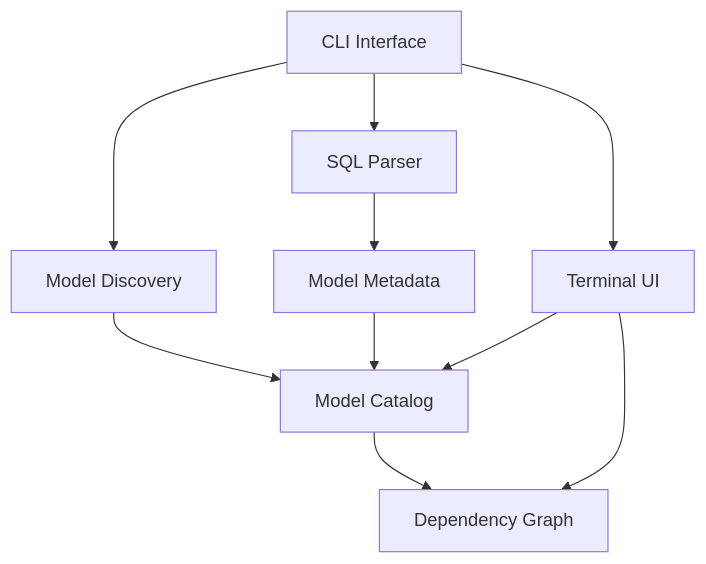
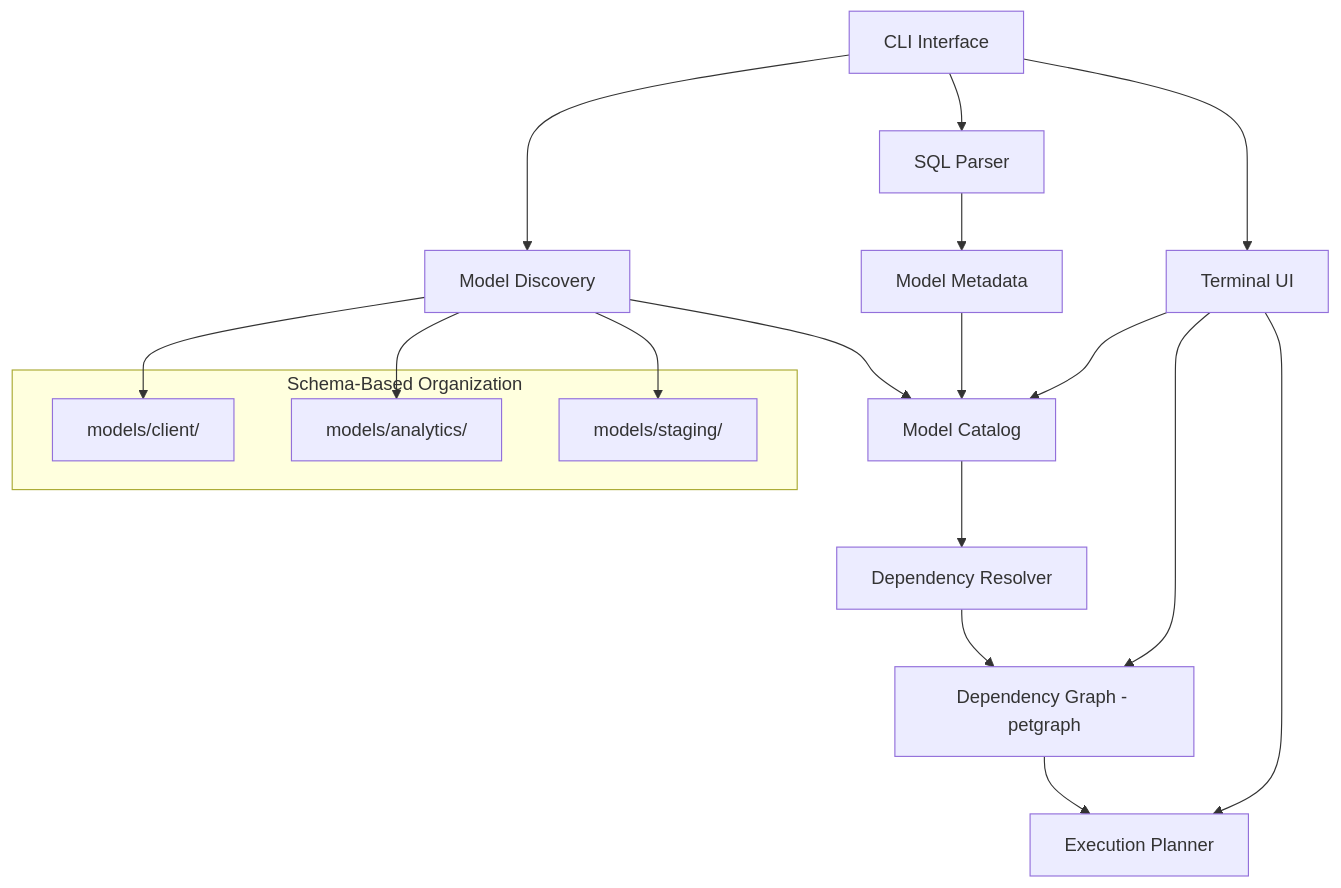
One commit to janhoon/cadac changed the diagram in memory-bank/systemPatterns.md. Above: the diagram before and after it, drawn with Mermaid. The commit also changed other lines of this file and 3 other files, not shown here.

````diff
--- a/memory-bank/systemPatterns.md
+++ b/memory-bank/systemPatterns.md
@@ -5,12 +5,25 @@
 ```mermaid
 flowchart TD
     CLI[CLI Interface] --> Parser[SQL Parser]
     CLI --> Discovery[Model Discovery]
     CLI --> TUI[Terminal UI]
     Parser --> ModelMetadata[Model Metadata]
     Discovery --> ModelCatalog[Model Catalog]
     ModelMetadata --> ModelCatalog
-    ModelCatalog --> DependencyGraph[Dependency Graph]
+    ModelCatalog --> DependencyResolver[Dependency Resolver]
+    DependencyResolver --> DependencyGraph[Dependency Graph - petgraph]
+    DependencyGraph --> ExecutionPlanner[Execution Planner]
     TUI --> ModelCatalog
     TUI --> DependencyGraph
+    TUI --> ExecutionPlanner
+    
+    subgraph "Schema-Based Organization"
+        SchemaA[models/client/]
+        SchemaB[models/analytics/]
+        SchemaC[models/staging/]
+    end
+    
+    Discovery --> SchemaA
+    Discovery --> SchemaB
+    Discovery --> SchemaC
 ```
````
